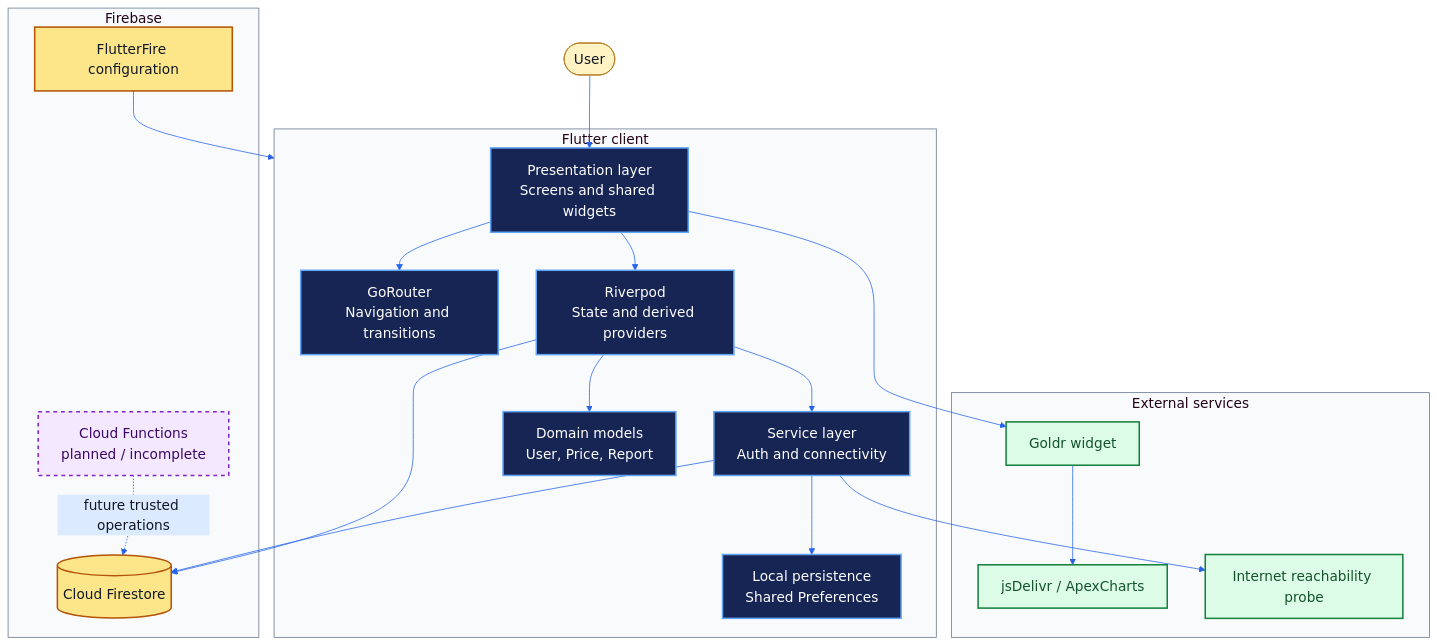
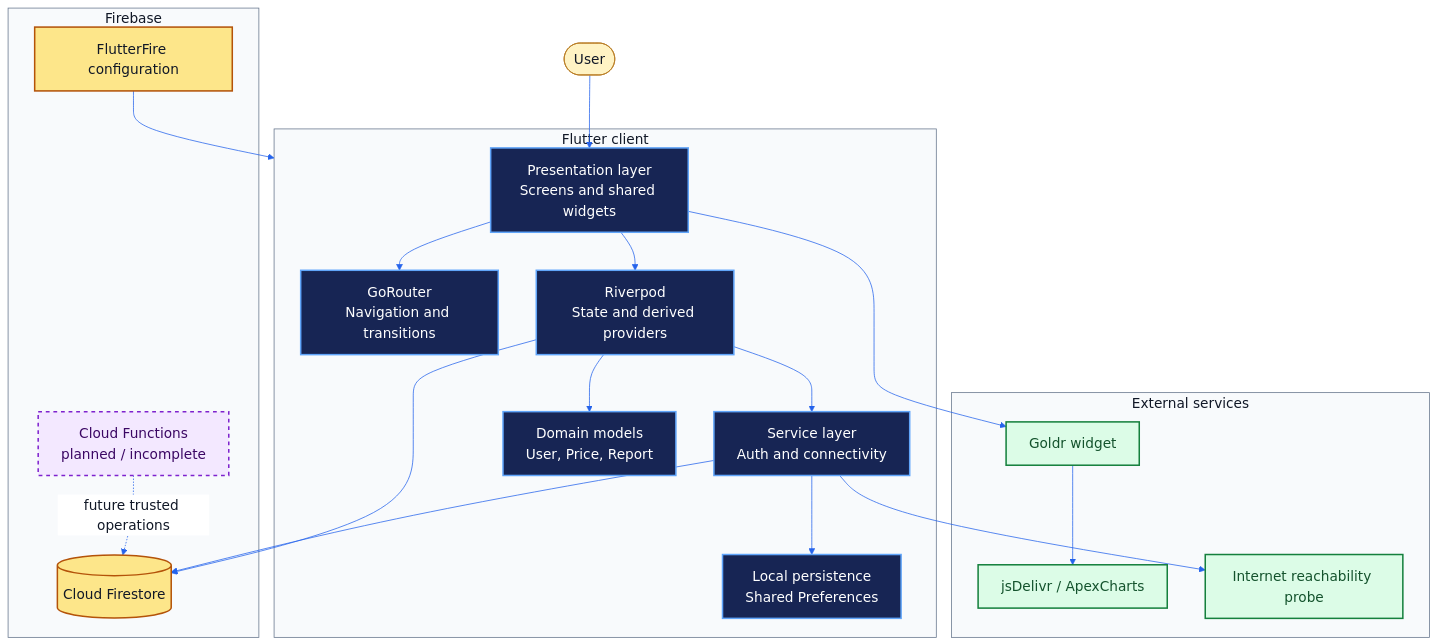
Before and after one commit to Rihabz1/Swarnakar: the first of 8 diagrams in README.md, drawn with Mermaid. The commit also changed other lines of this file, not shown here.

```diff
--- a/README.md
+++ b/README.md
@@ -98,49 +98,49 @@
 ~~~mermaid
-%%{init: {"theme":"base","themeVariables":{"fontSize":"18px","fontFamily":"Arial","primaryColor":"#FFF3C4","primaryTextColor":"#111827","primaryBorderColor":"#B7791F","lineColor":"#2563EB","secondaryColor":"#DBEAFE","tertiaryColor":"#DCFCE7","clusterBkg":"#F8FAFC","clusterBorder":"#64748B"}}}%%
+%%{init: {"theme":"base","themeVariables":{"darkMode":false,"background":"#FFFFFF","fontSize":"18px","fontFamily":"Arial","textColor":"#111827","primaryColor":"#FFF3C4","primaryTextColor":"#111827","primaryBorderColor":"#B7791F","secondaryTextColor":"#111827","tertiaryTextColor":"#111827","lineColor":"#2563EB","edgeLabelBackground":"#FFFFFF","clusterBkg":"#F8FAFC","clusterBorder":"#64748B","clusterTextColor":"#111827","titleColor":"#111827"}}}%%
 flowchart TB
     User([User]) --> UI
 
     subgraph Client["Flutter client"]
         UI["Presentation layer<br/>Screens and shared widgets"]
         Router["GoRouter<br/>Navigation and transitions"]
         State["Riverpod<br/>State and derived providers"]
         Services["Service layer<br/>Auth and connectivity"]
         Models["Domain models<br/>User, Price, Report"]
         Local["Local persistence<br/>Shared Preferences"]
 
         UI --> Router
         UI --> State
         State --> Services
         State --> Models
         Services --> Local
     end
 
     subgraph Firebase["Firebase"]
         Firestore[("Cloud Firestore")]
         Config["FlutterFire configuration"]
         Functions["Cloud Functions<br/>planned / incomplete"]
     end
 
     subgraph External["External services"]
         Goldr["Goldr widget"]
         CDN["jsDelivr / ApexCharts"]
         DNS["Internet reachability probe"]
     end
 
     Services --> Firestore
     State --> Firestore
     Config --> Client
     UI --> Goldr
     Goldr --> CDN
     Services --> DNS
     Functions -. future trusted operations .-> Firestore
 
     classDef active fill:#172554,stroke:#60A5FA,color:#FFFFFF,stroke-width:2px;
     classDef backend fill:#FDE68A,stroke:#B45309,color:#111827,stroke-width:2px;
     classDef external fill:#DCFCE7,stroke:#15803D,color:#14532D,stroke-width:2px;
     classDef planned fill:#F3E8FF,stroke:#7E22CE,color:#3B0764,stroke-width:2px,stroke-dasharray:5 5;
     class UI,Router,State,Services,Models,Local active;
     class Firestore,Config backend;
     class Goldr,CDN,DNS external;
     class Functions planned;
 ~~~
```
